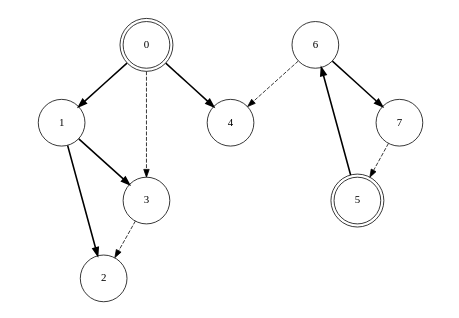
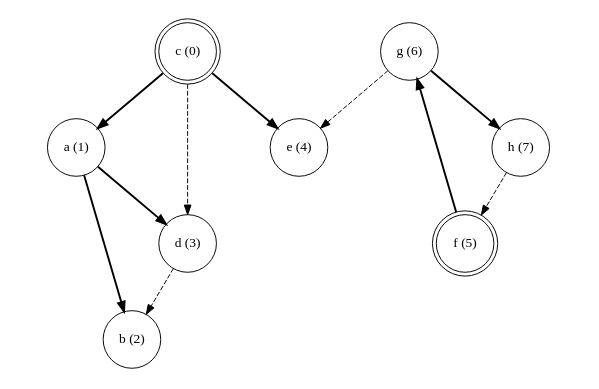
Before and after one commit to pocb/boost: the diagram in libs/graph/doc/iso-eg.dot, drawn with Graphviz. The commit also changed 2 other files, not shown here.

```diff
--- a/libs/graph/doc/iso-eg.dot
+++ b/libs/graph/doc/iso-eg.dot
@@ -1,159 +1,159 @@
 digraph "g" {
 	graph [
 		fontsize = "14"
 		fontname = "Times-Roman"
 		fontcolor = "black"
 		color = "black"
-                size = "3,2"
+                size = "4,2.5"
                 ratio = "fill"
 	]
 	node [
 		fontsize = "14"
 		fontname = "Times-Roman"
 		fontcolor = "black"
 		shape = "circle"
 		color = "black"
 	]
 	edge [
 		fontsize = "14"
 		fontname = "Times-Roman"
 		fontcolor = "black"
 		color = "black"
 	]
-	"0" [
+	"c (0)" [
 		label = "\N"
 		color = "black"
 		width = "0.833333"
 		fontsize = "14"
 		fontname = "Times-Roman"
 		fontcolor = "black"
                 peripheries = 2
 	]
-	"1" [
+	"a (1)" [
 		label = "\N"
 		color = "black"
 		width = "0.833333"
 		fontsize = "14"
 		fontname = "Times-Roman"
 		fontcolor = "black"
 	]
-	"2" [
+	"b (2)" [
 		label = "\N"
 		color = "black"
 		width = "0.833333"
 		fontsize = "14"
 		fontname = "Times-Roman"
 		fontcolor = "black"
 	]
-	"3" [
+	"d (3)" [
 		label = "\N"
 		color = "black"
 		width = "0.833333"
 		fontsize = "14"
 		fontname = "Times-Roman"
 		fontcolor = "black"
 	]
-	"4" [
+	"e (4)" [
 		label = "\N"
 		color = "black"
 		width = "0.833333"
 		fontsize = "14"
 		fontname = "Times-Roman"
 		fontcolor = "black"
 	]
-	"5" [
+	"f (5)" [
 		label = "\N"
 		color = "black"
 		width = "0.833333"
 		fontsize = "14"
 		fontname = "Times-Roman"
 		fontcolor = "black"
                 peripheries = 2
 	]
-	"6" [
+	"g (6)" [
 		label = "\N"
 		color = "black"
 		width = "0.833333"
 		fontsize = "14"
 		fontname = "Times-Roman"
 		fontcolor = "black"
 	]
-	"7" [
+	"h (7)" [
 		label = "\N"
 		color = "black"
 		width = "0.833333"
 		fontsize = "14"
 		fontname = "Times-Roman"
 		fontcolor = "black"
 	]
-	"0" -> "1" [
+	"c (0)" -> "a (1)" [
 		fontsize = "14"
 		fontname = "Times-Roman"
 		fontcolor = "black"
 		color = "black"
 		style = "bold"
 	]
-	"1" -> "2" [
+	"a (1)" -> "b (2)" [
 		fontsize = "14"
 		fontname = "Times-Roman"
 		fontcolor = "black"
 		color = "black"
 		style = "bold"
 	]
-	"1" -> "3" [
+	"a (1)" -> "d (3)" [
 		fontsize = "14"
 		fontname = "Times-Roman"
 		fontcolor = "black"
 		color = "black"
 		style = "bold"
 	]
-	"0" -> "4" [
+	"c (0)" -> "e (4)" [
 		fontsize = "14"
 		fontname = "Times-Roman"
 		fontcolor = "black"
 		color = "black"
 		style = "bold"
 	]
-	"5" -> "6" [
+	"f (5)" -> "g (6)" [
 		fontsize = "14"
 		fontname = "Times-Roman"
 		fontcolor = "black"
 		color = "black"
 		style = "bold"
 	]
-	"6" -> "7" [
+	"g (6)" -> "h (7)" [
 		fontsize = "14"
 		fontname = "Times-Roman"
 		fontcolor = "black"
 		color = "black"
 		style = "bold"
 	]
-	"3" -> "2" [
+	"d (3)" -> "b (2)" [
 		fontsize = "14"
 		fontname = "Times-Roman"
 		fontcolor = "black"
 		color = "black"
 		style = "dashed"
 	]
-	"0" -> "3" [
+	"c (0)" -> "d (3)" [
 		fontsize = "14"
 		fontname = "Times-Roman"
 		fontcolor = "black"
 		color = "black"
 		style = "dashed"
 	]
-	"6" -> "4" [
+	"g (6)" -> "e (4)" [
 		fontsize = "14"
 		fontname = "Times-Roman"
 		fontcolor = "black"
 		color = "black"
 		style = "dashed"
 	]
-	"7" -> "5" [
+	"h (7)" -> "f (5)" [
 		fontsize = "14"
 		fontname = "Times-Roman"
 		fontcolor = "black"
 		color = "black"
 		style = "dashed"
 	]
 }
```
